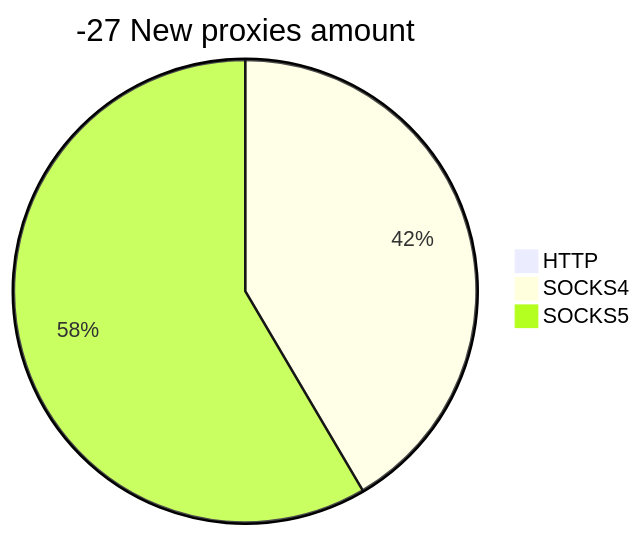
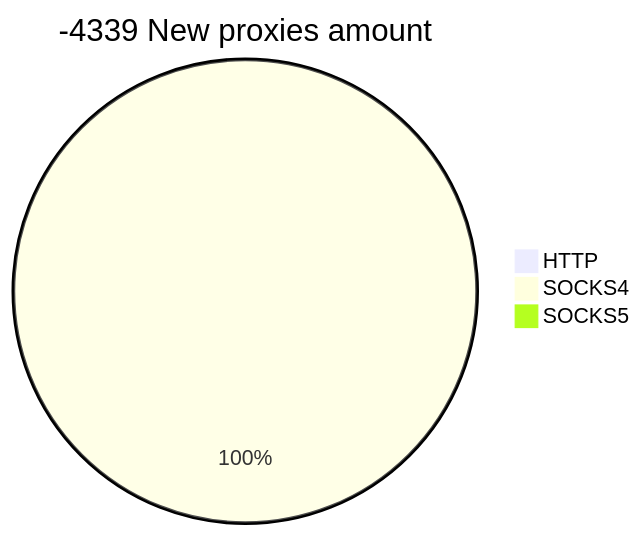
One commit to cutipu/proxylist changed the second of 2 diagrams in README.md. Above: the diagram before and after it, drawn with Mermaid. The commit also changed other lines of this file, not shown here.

````diff
--- a/README.md
+++ b/README.md
@@ -10,6 +10,6 @@
 ```mermaid
-pie title -27 New proxies amount
+pie title -4339 New proxies amount
     "HTTP" : 0
-    "SOCKS4" : 71
-    "SOCKS5" : 100
+    "SOCKS4" : 1
+    "SOCKS5" : 0
 ```
````
